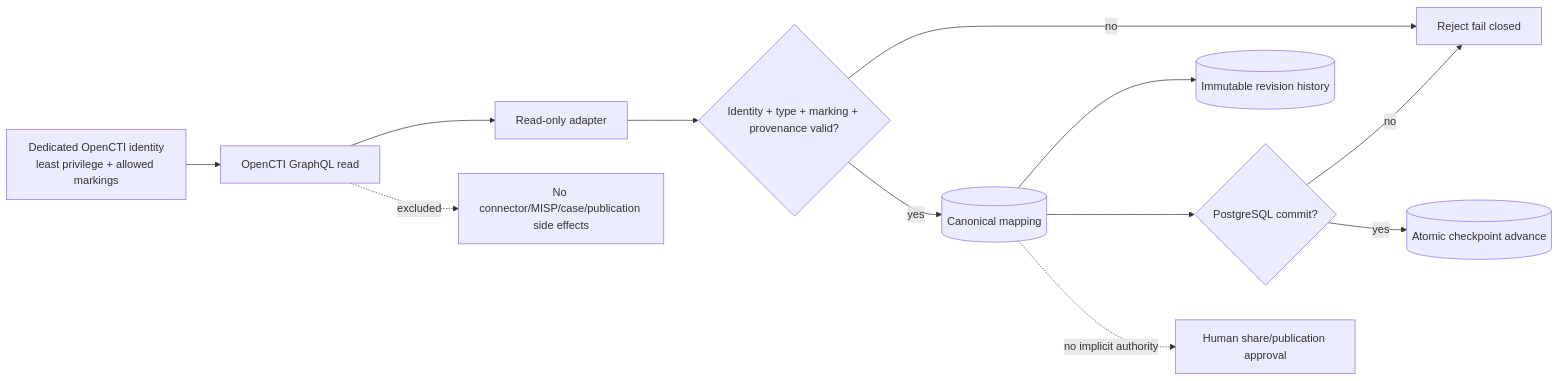
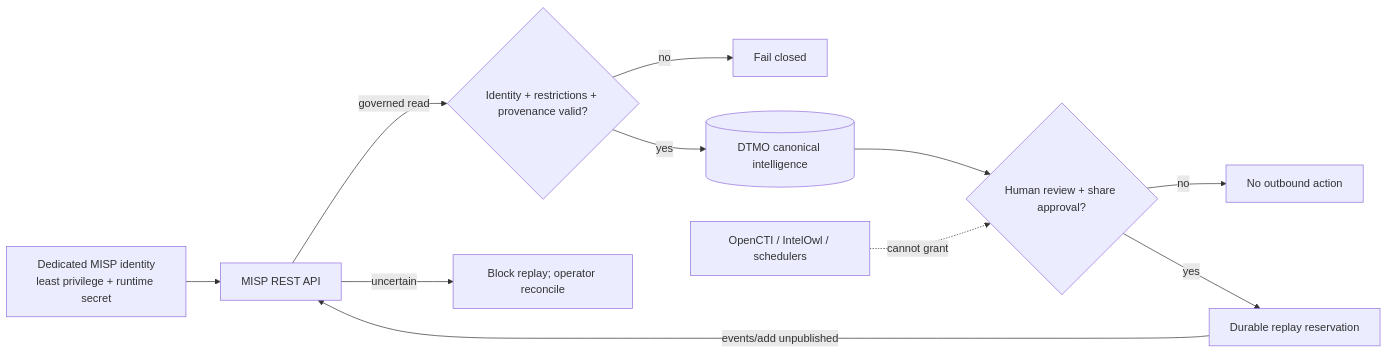
One commit to GJvManen/dtmo changed the diagram in docs/security/SECURITY_OVERVIEW.md. Above: the diagram before and after it, drawn with Mermaid. The commit also changed other lines of this file, not shown here.

Commit message:
Add Phase 11.5 MISP security boundary

````diff
--- a/docs/security/SECURITY_OVERVIEW.md
+++ b/docs/security/SECURITY_OVERVIEW.md
@@ -50,14 +51,13 @@
 ```mermaid
 flowchart LR
-    I[Dedicated OpenCTI identity\nleast privilege + allowed markings] --> O[OpenCTI GraphQL read]
-    O --> A[Read-only adapter]
-    A --> V{Identity + type + marking + provenance valid?}
-    V -->|no| Q[Reject fail closed]
-    V -->|yes| M[(Canonical mapping)]
-    M --> R[(Immutable revision history)]
-    M --> D{PostgreSQL commit?}
-    D -->|no| Q
-    D -->|yes| C[(Atomic checkpoint advance)]
-    M -. no implicit authority .-> S[Human share/publication approval]
-    O -. excluded .-> X[No connector/MISP/case/publication side effects]
+    I[Dedicated MISP identity\nleast privilege + runtime secret] --> M[MISP REST API]
+    M -->|governed read| V{Identity + restrictions + provenance valid?}
+    V -->|no| X[Fail closed]
+    V -->|yes| D[(DTMO canonical intelligence)]
+    D --> H{Human review + share approval?}
+    H -->|no| N[No outbound action]
+    H -->|yes| P[Durable replay reservation]
+    P -->|events/add unpublished| M
+    M -->|uncertain| U[Block replay; operator reconcile]
+    O[OpenCTI / IntelOwl / schedulers] -. cannot grant .-> H
 ```
````
